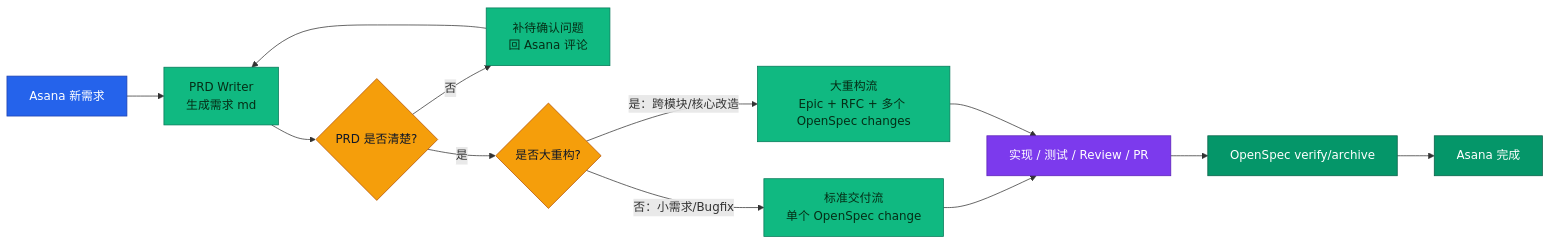
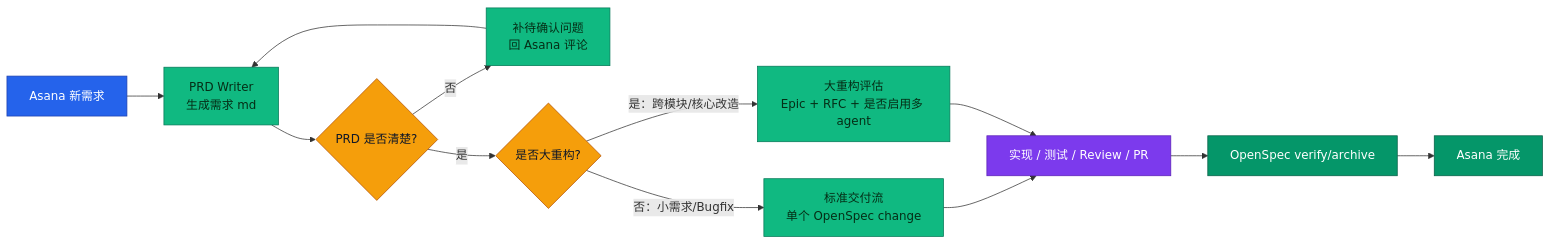
One commit to guobang1998/asana-openspec-java-workflow changed the first of 4 diagrams in 流程图.md. Above: the diagram before and after it, drawn with Mermaid. The commit also changed other lines of this file and 18 other files, not shown here.

````diff
--- a/流程图.md
+++ b/流程图.md
@@ -5,27 +5,27 @@
 ```mermaid
 flowchart LR
   A["Asana 新需求"] --> B["PRD Writer<br/>生成需求 md"]
   B --> C{"PRD 是否清楚?"}
   C -- "否" --> D["补待确认问题<br/>回 Asana 评论"] --> B
   C -- "是" --> E{"是否大重构?"}
 
   E -- "否：小需求/Bugfix" --> F["标准交付流<br/>单个 OpenSpec change"]
-  E -- "是：跨模块/核心改造" --> G["大重构流<br/>Epic + RFC + 多个 OpenSpec changes"]
+  E -- "是：跨模块/核心改造" --> G["大重构评估<br/>Epic + RFC + 是否启用多 agent"]
 
   F --> H["实现 / 测试 / Review / PR"]
   G --> H
   H --> I["OpenSpec verify/archive"]
   I --> J["Asana 完成"]
 
   classDef intake fill:#2563eb,color:#fff,stroke:#1e40af,stroke-width:1px;
   classDef decision fill:#f59e0b,color:#111827,stroke:#b45309,stroke-width:1px;
   classDef doc fill:#10b981,color:#052e16,stroke:#047857,stroke-width:1px;
   classDef work fill:#7c3aed,color:#fff,stroke:#5b21b6,stroke-width:1px;
   classDef done fill:#059669,color:#fff,stroke:#065f46,stroke-width:1px;
 
   class A intake;
   class B,D,F,G doc;
   class C,E decision;
   class H work;
   class I,J done;
 ```
````
